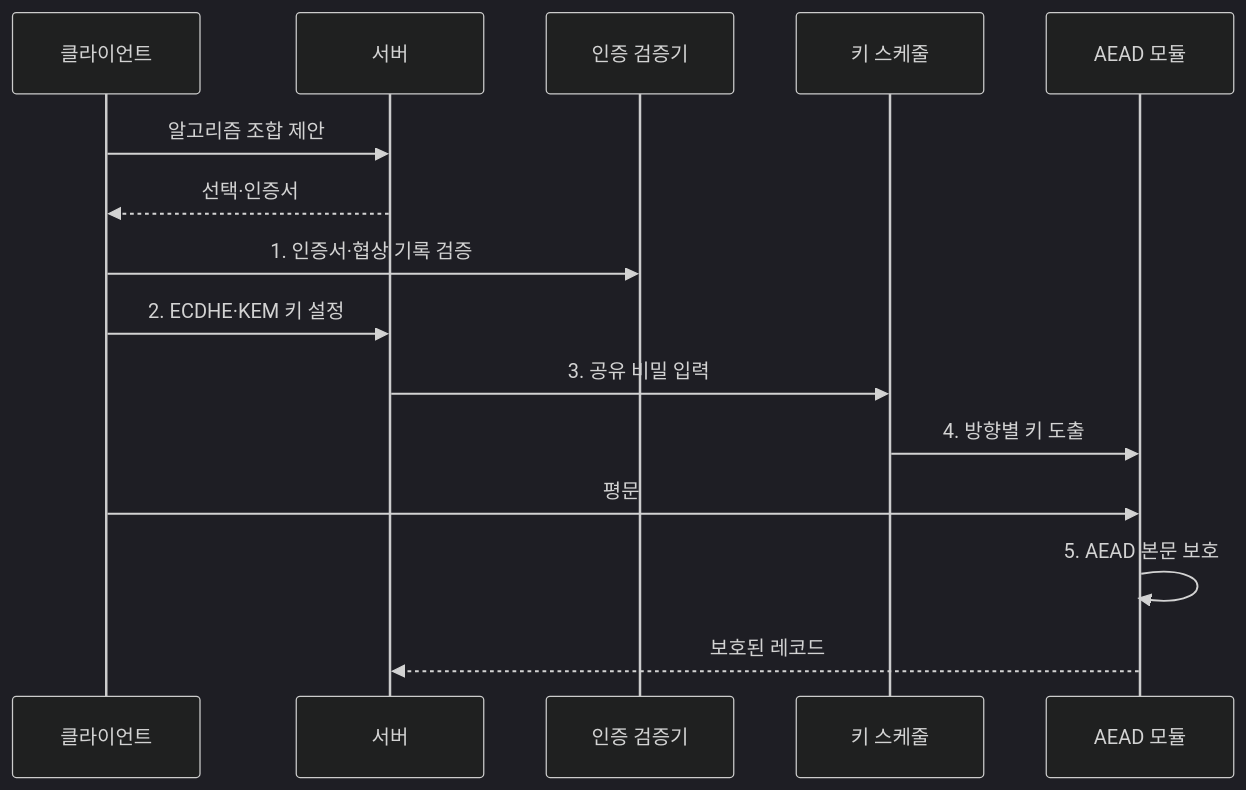
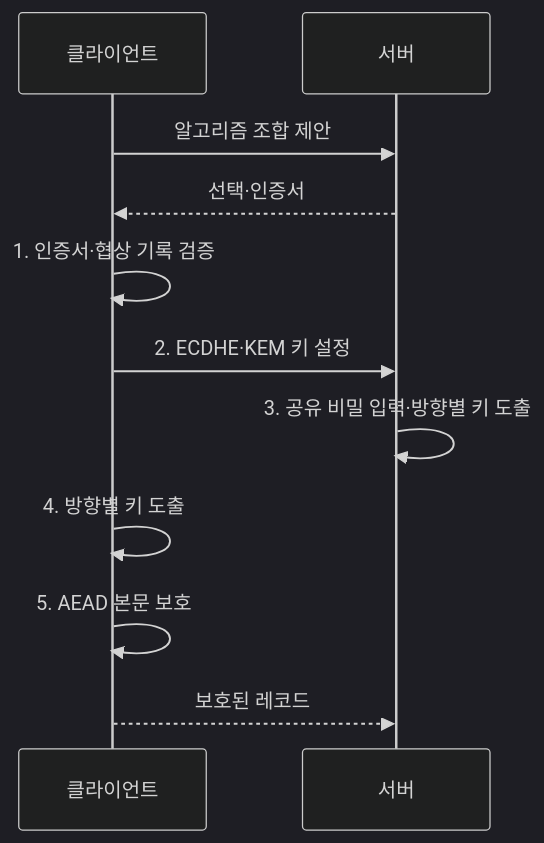
One commit to agnusdei1207/knowledge-base changed the second of 2 diagrams in src/content/docs/notes/05-security/003_hybrid_cryptography.md. Above: the diagram before and after it, drawn with Mermaid (dark theme). The commit also changed 9 other files, not shown here.

Commit message:
Focus cryptography sequence actors

````diff
--- a/src/content/docs/notes/05-security/003_hybrid_cryptography.md
+++ b/src/content/docs/notes/05-security/003_hybrid_cryptography.md
@@ -100,17 +100,13 @@
 ```mermaid
 sequenceDiagram
     participant C as 클라이언트
     participant S as 서버
-    participant V as 인증 검증기
-    participant K as 키 스케줄
-    participant A as AEAD 모듈
     C->>S: 알고리즘 조합 제안
     S-->>C: 선택·인증서
-    C->>V: 1. 인증서·협상 기록 검증
+    C->>C: 1. 인증서·협상 기록 검증
     C->>S: 2. ECDHE·KEM 키 설정
-    S->>K: 3. 공유 비밀 입력
-    K->>A: 4. 방향별 키 도출
-    C->>A: 평문
-    A->>A: 5. AEAD 본문 보호
-    A-->>S: 보호된 레코드
+    S->>S: 3. 공유 비밀 입력·방향별 키 도출
+    C->>C: 4. 방향별 키 도출
+    C->>C: 5. AEAD 본문 보호
+    C-->>S: 보호된 레코드
 ```
````
